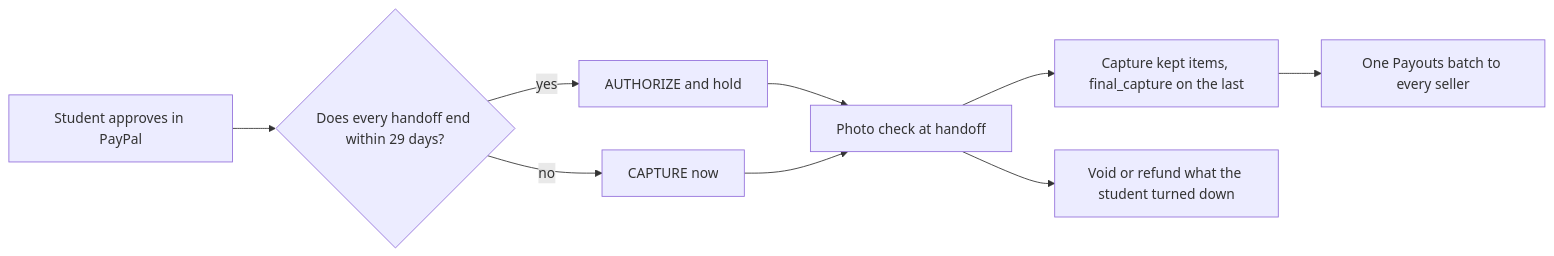
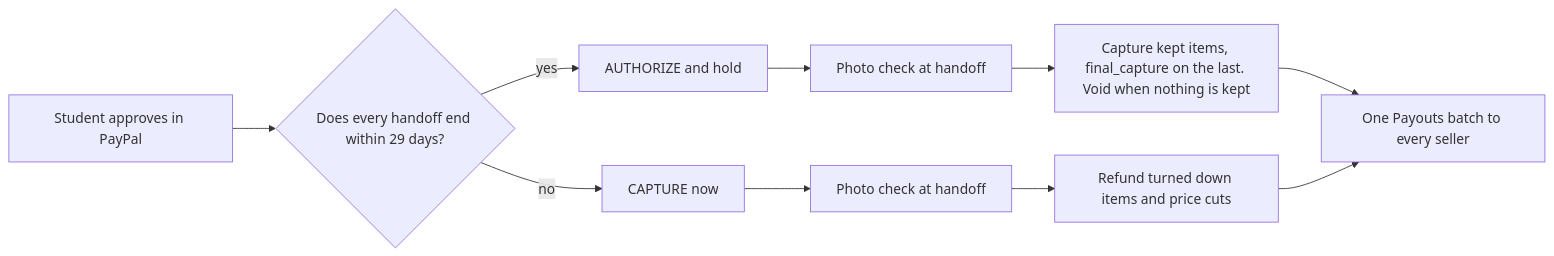
One commit to starJin2003/roomover changed the fifth of 6 diagrams in README.md. Above: the diagram before and after it, drawn with Mermaid. The commit also changed other lines of this file and 2 other files, not shown here.

Commit message:
Tighten the README and redraw the stack diagram from the code

````diff
--- a/README.md
+++ b/README.md
@@ -166,11 +195,12 @@
 ```mermaid
 flowchart LR
     A[Student approves in PayPal] --> B{Does every handoff end within 29 days?}
     B -- yes --> C[AUTHORIZE and hold]
     B -- no --> D[CAPTURE now]
     C --> E[Photo check at handoff]
-    D --> E
-    E --> F[Capture kept items, final_capture on the last]
-    E --> G[Void or refund what the student turned down]
-    F --> H[One Payouts batch to every seller]
+    D --> F[Photo check at handoff]
+    E --> G[Capture kept items, final_capture on the last. Void when nothing is kept]
+    F --> H[Refund turned down items and price cuts]
+    G --> I[One Payouts batch to every seller]
+    H --> I
 ```
````
